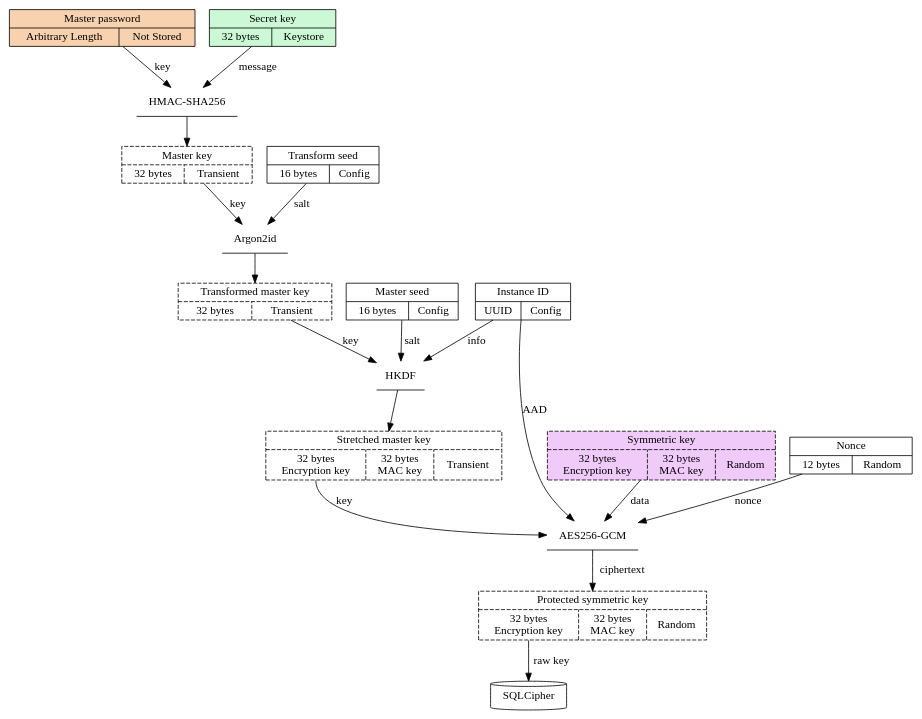
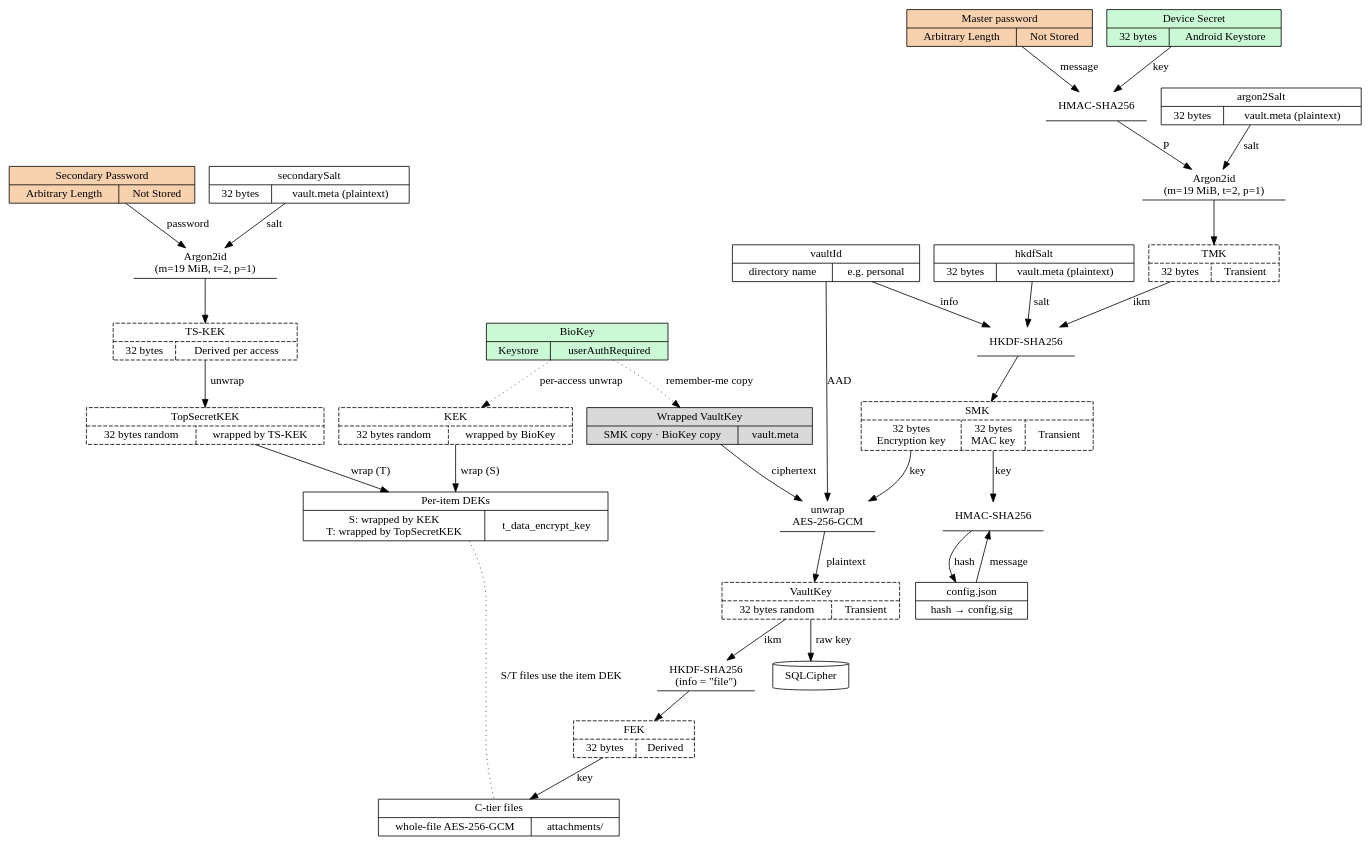
One commit to quillgen/cryptowl changed the diagram in docs/encryption.dot. Above: the diagram before and after it, drawn with Graphviz. The commit also changed 8 other files, not shown here.

```diff
--- a/docs/encryption.dot
+++ b/docs/encryption.dot
@@ -1,37 +1,81 @@
-digraph key_transform {
+digraph encryption_flow {
     node [shape = "record";];
-    masterPassword [label = "{Master password|{Arbitrary Length|Not Stored}}";style = "filled";fillcolor = "#f8d1af";];
-    secretKey [label = "{Secret key|{32 bytes|Keystore}}";style = "filled";fillcolor = "#cbf9d6";];
-    prehash [shape = "underline";label = "HMAC-SHA256";];
-    masterKey [label = "{Master key|{32 bytes|Transient}}";style = "dashed";];
-    transformSeed [label = "{Transform seed|{16 bytes|Config}}";];
-    keyDerivation [shape = "underline";label = "Argon2id";];
-    transformedMasterKey [label = "{Transformed master key|{32 bytes|Transient}}";style = "dashed";];
-    masterSeed [label = "{Master seed|{16 bytes|Config}}";];
-    instanceId [label = "{Instance ID|{UUID|Config}}";];
-    hkdf [shape = "underline";label = "HKDF";];
-    stretchedMasterKey [label = "{Stretched master key|{<k1>32 bytes\nEncryption key|<k2>32 bytes\n MAC key|Transient}}";style = "dashed";];
-    symmetricKey [label = "{Symmetric key|{32 bytes\nEncryption key|32 bytes\n MAC key|Random}}";style = "filled,dashed";fillcolor = "#f0cbf9";];
-    nonce [label = "{Nonce|{12 bytes|Random}}";];
-    symmetricKeyEncryption [shape = "underline";label = "AES256-GCM";];
-    protectedSymmetricKey [label = "{Protected symmetric key|{<k1>32 bytes\nEncryption key|<k2>32 bytes\n MAC key|Random}}";style = "dashed";fillcolor = "#f0cbf9";];
-    sqlcipher [label = "SQLCipher";shape = "cylinder";];
-    
-    
-    masterPassword -> prehash [label = "key";];
-    secretKey -> prehash [label = "message";];
-    prehash -> masterKey;
-    transformSeed -> keyDerivation [label = "salt";];
-    masterKey -> keyDerivation [label = "key";];
-    keyDerivation -> transformedMasterKey;
-    masterSeed -> hkdf [label = "salt";];
-    instanceId -> hkdf [label = "info";];
-    transformedMasterKey -> hkdf [label = "key";];
-    hkdf -> stretchedMasterKey;
-    symmetricKey -> symmetricKeyEncryption [label = "data";];
-    nonce -> symmetricKeyEncryption [label = "nonce";];
-    stretchedMasterKey:k1 -> symmetricKeyEncryption [label = "key";];
-    instanceId -> symmetricKeyEncryption [label = "AAD";];
-    symmetricKeyEncryption -> protectedSymmetricKey [label = "ciphertext";];
-    protectedSymmetricKey:k1 -> sqlcipher [label = "raw key";];
+
+    /* ---------- inputs ---------- */
+    masterPassword [label = "{Master password|{Arbitrary Length|Not Stored}}"; style = "filled"; fillcolor = "#f8d1af";];
+    deviceSecret [label = "{Device Secret|{32 bytes|Android Keystore}}"; style = "filled"; fillcolor = "#cbf9d6";];
+    prehash [shape = "underline"; label = "HMAC-SHA256";];
+
+    /* ---------- derive chain ---------- */
+    argon2Salt [label = "{argon2Salt|{32 bytes|vault.meta (plaintext)}}";];
+    keyDerivation [shape = "underline"; label = "Argon2id\n(m=19 MiB, t=2, p=1)";];
+    tmk [label = "{TMK|{32 bytes|Transient}}"; style = "dashed";];
+    hkdfSalt [label = "{hkdfSalt|{32 bytes|vault.meta (plaintext)}}";];
+    vaultId [label = "{vaultId|{directory name|e.g. personal}}";];
+    hkdf [shape = "underline"; label = "HKDF-SHA256";];
+    smk [label = "{SMK|{<k1>32 bytes\nEncryption key|<k2>32 bytes\nMAC key|Transient}}"; style = "dashed";];
+
+    /* ---------- unwrap VaultKey ---------- */
+    wrappedVaultKey [label = "{Wrapped VaultKey|{SMK copy · BioKey copy|vault.meta}}"; style = "filled"; fillcolor = "#d9d9d9";];
+    unwrapVault [shape = "underline"; label = "unwrap\nAES-256-GCM";];
+    vaultKey [label = "{VaultKey|{32 bytes random|Transient}}"; style = "dashed"; fillcolor = "#f0cbf9";];
+    sqlcipher [label = "SQLCipher"; shape = "cylinder";];
+
+    /* ---------- config integrity ---------- */
+    configMac [shape = "underline"; label = "HMAC-SHA256";];
+    configJson [label = "{config.json|{hash → config.sig}}";];
+
+    /* ---------- C-tier files ---------- */
+    fekDerive [shape = "underline"; label = "HKDF-SHA256\n(info = \"file\")";];
+    fek [label = "{FEK|{32 bytes|Derived}}"; style = "dashed";];
+    cFiles [label = "{C-tier files|{whole-file AES-256-GCM|attachments/}}";];
+
+    /* ---------- fingerprint + S/T tiers ---------- */
+    bioKey [label = "{BioKey|{Keystore|userAuthRequired}}"; style = "filled"; fillcolor = "#cbf9d6";];
+    kek [label = "{KEK|{32 bytes random|wrapped by BioKey}}"; style = "dashed"; fillcolor = "#f0cbf9";];
+    secondaryPassword [label = "{Secondary Password|{Arbitrary Length|Not Stored}}"; style = "filled"; fillcolor = "#f8d1af";];
+    secondarySalt [label = "{secondarySalt|{32 bytes|vault.meta (plaintext)}}";];
+    tsKdf [shape = "underline"; label = "Argon2id\n(m=19 MiB, t=2, p=1)";];
+    tsKek [label = "{TS-KEK|{32 bytes|Derived per access}}"; style = "dashed";];
+    topSecretKek [label = "{TopSecretKEK|{32 bytes random|wrapped by TS-KEK}}"; style = "dashed"; fillcolor = "#f0cbf9";];
+    deks [label = "{Per-item DEKs|{S: wrapped by KEK\nT: wrapped by TopSecretKEK|t_data_encrypt_key}}";];
+
+    /* ---------- edges: derive ---------- */
+    masterPassword -> prehash [label = "message";];
+    deviceSecret -> prehash [label = "key";];
+    prehash -> keyDerivation [label = "P";];
+    argon2Salt -> keyDerivation [label = "salt";];
+    keyDerivation -> tmk;
+    tmk -> hkdf [label = "ikm";];
+    hkdfSalt -> hkdf [label = "salt";];
+    vaultId -> hkdf [label = "info";];
+    hkdf -> smk;
+
+    /* ---------- edges: unwrap VaultKey ---------- */
+    smk:k1 -> unwrapVault [label = "key";];
+    wrappedVaultKey -> unwrapVault [label = "ciphertext";];
+    vaultId -> unwrapVault [label = "AAD";];
+    unwrapVault -> vaultKey [label = "plaintext";];
+    vaultKey -> sqlcipher [label = "raw key";];
+
+    /* ---------- edges: config integrity ---------- */
+    smk:k2 -> configMac [label = "key";];
+    configJson -> configMac [label = "message";];
+    configMac -> configJson [label = "hash";];
+
+    /* ---------- edges: C-tier files ---------- */
+    vaultKey -> fekDerive [label = "ikm";];
+    fekDerive -> fek;
+    fek -> cFiles [label = "key";];
+
+    /* ---------- edges: fingerprint / S / T ---------- */
+    bioKey -> wrappedVaultKey [style = "dotted"; label = "remember-me copy";];
+    bioKey -> kek [style = "dotted"; label = "per-access unwrap";];
+    kek -> deks [label = "wrap (S)";];
+    secondaryPassword -> tsKdf [label = "password";];
+    secondarySalt -> tsKdf [label = "salt";];
+    tsKdf -> tsKek;
+    tsKek -> topSecretKek [label = "unwrap";];
+    topSecretKek -> deks [label = "wrap (T)";];
+    deks -> cFiles [style = "dotted"; dir = "none"; label = "S/T files use the item DEK";];
 }
```
